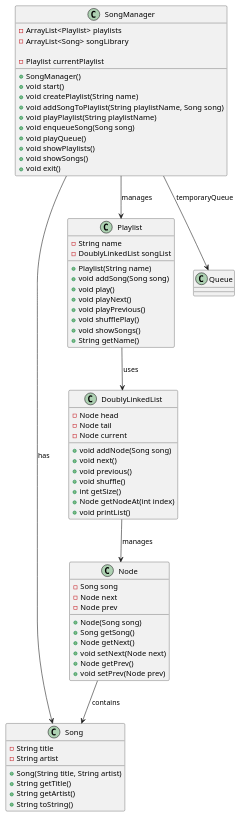
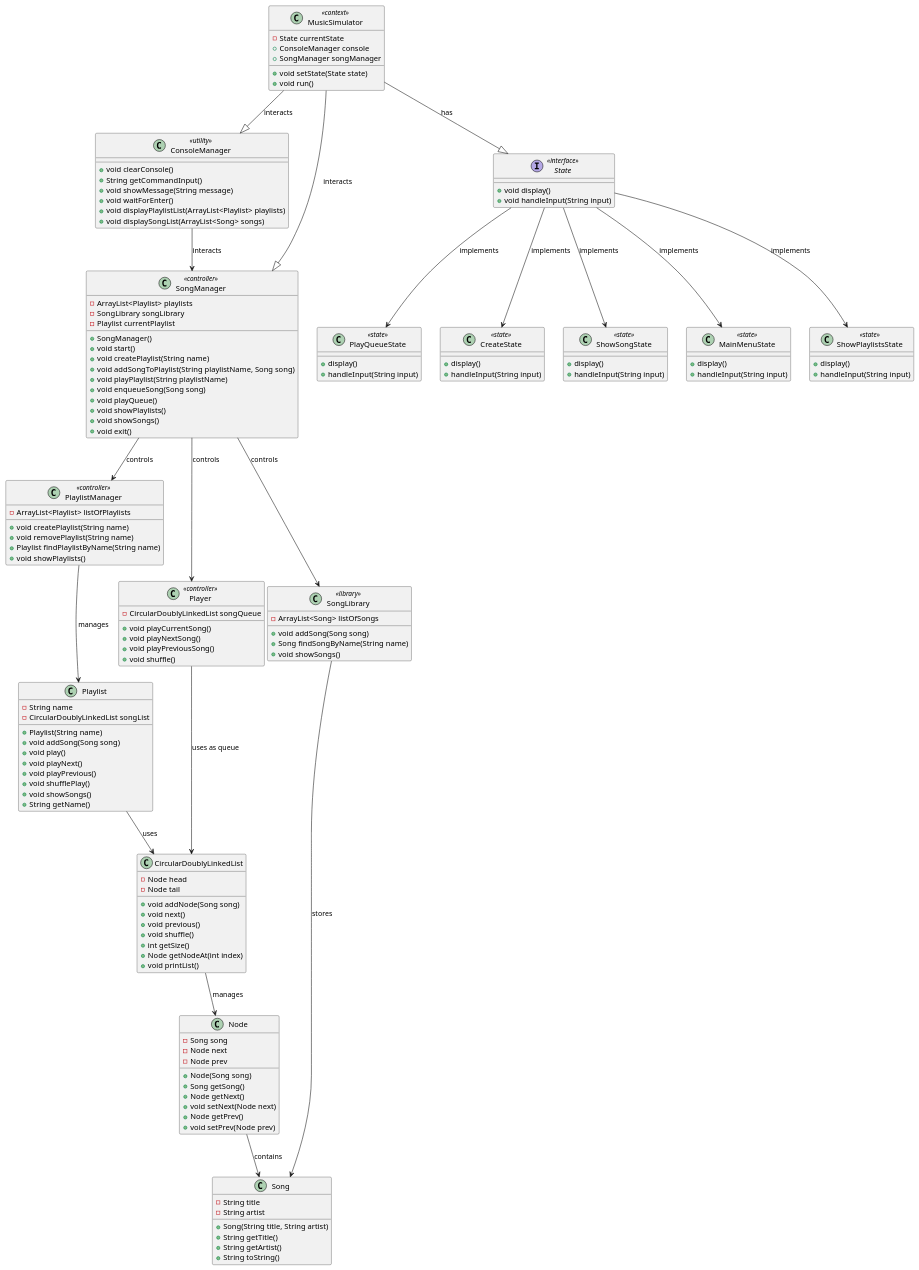
The diagram in doc/umldiagram.puml (khalxdb/Java-Group-Assigment), drawn with PlantUML before and after one commit. The commit also changed 13 other files, not shown here.

Commit message:
update readme and the plant uml diagram to reflected the current code structure

```diff
--- a/doc/umldiagram.puml
+++ b/doc/umldiagram.puml
@@ -1,80 +1,173 @@
 @startuml
+
 
 ' Define the Song class
 class Song {
     - String title
     - String artist
     + Song(String title, String artist)
     + String getTitle()
     + String getArtist()
     + String toString()
 }
 
 ' Define the Node class
 class Node {
     - Song song
     - Node next
     - Node prev
     + Node(Song song)
     + Song getSong()
     + Node getNext()
     + void setNext(Node next)
     + Node getPrev()
     + void setPrev(Node prev)
 }
 
-' Define the DoublyLinkedList class
-class DoublyLinkedList {
+' Define the CircularDoublyLinkedList class
+class CircularDoublyLinkedList {
     - Node head
     - Node tail
-    - Node current
     + void addNode(Song song)
     + void next()
     + void previous()
     + void shuffle()
     + int getSize()
     + Node getNodeAt(int index)
     + void printList()
 }
 
 ' Define the Playlist class
 class Playlist {
     - String name
-    - DoublyLinkedList songList
+    - CircularDoublyLinkedList songList
     + Playlist(String name)
     + void addSong(Song song)
     + void play()
     + void playNext()
     + void playPrevious()
     + void shufflePlay()
     + void showSongs()
     + String getName()
 }
 
+' Define the PlaylistManager class
+class PlaylistManager <<controller>> {
+    - ArrayList<Playlist> listOfPlaylists
+    + void createPlaylist(String name)
+    + void removePlaylist(String name)
+    + Playlist findPlaylistByName(String name)
+    + void showPlaylists()
+}
+
+' Define the SongLibrary class
+class SongLibrary <<library>> {
+    - ArrayList<Song> listOfSongs
+    + void addSong(Song song)
+    + Song findSongByName(String name)
+    + void showSongs()
+}
+
 ' Define the SongManager class
-class SongManager {
+class SongManager <<controller>> {
     - ArrayList<Playlist> playlists
-    - ArrayList<Song> songLibrary
-
+    - SongLibrary songLibrary
     - Playlist currentPlaylist
     + SongManager()
     + void start()
     + void createPlaylist(String name)
     + void addSongToPlaylist(String playlistName, Song song)
     + void playPlaylist(String playlistName)
     + void enqueueSong(Song song)
     + void playQueue()
     + void showPlaylists()
     + void showSongs()
     + void exit()
 }
 
+' Define the Player class
+class Player <<controller>> {
+    - CircularDoublyLinkedList songQueue
+    + void playCurrentSong()
+    + void playNextSong()
+    + void playPreviousSong()
+    + void shuffle()
+}
+
+' Define the ConsoleManager class
+class ConsoleManager <<utility>> {
+    + void clearConsole()
+    + String getCommandInput()
+    + void showMessage(String message)
+    + void waitForEnter()
+    + void displayPlaylistList(ArrayList<Playlist> playlists)
+    + void displaySongList(ArrayList<Song> songs)
+}
+
+' Define the State interface
+interface State <<interface>> {
+    + void display()
+    + void handleInput(String input)
+}
+
+' Define Concrete State Classes
+class MainMenuState <<state>> {
+    + display()
+    + handleInput(String input)
+}
+
+class ShowPlaylistsState <<state>> {
+    + display()
+    + handleInput(String input)
+}
+
+class PlayQueueState <<state>> {
+    + display()
+    + handleInput(String input)
+}
+
+class CreateState <<state>> {
+    + display()
+    + handleInput(String input)
+}
+
+class ShowSongState <<state>> {
+    + display()
+    + handleInput(String input)
+}
+
+' Define the MusicSimulator (Context) class
+class MusicSimulator <<context>> {
+    - State currentState
+    + ConsoleManager console
+    + SongManager songManager
+    + void setState(State state)
+    + void run()
+}
+
 ' Relationships between classes
 Node --> Song : contains
-DoublyLinkedList --> Node : manages
-Playlist --> DoublyLinkedList : uses
-SongManager --> Playlist : manages
-SongManager --> Song : has
-SongManager --> Queue : temporaryQueue
+CircularDoublyLinkedList --> Node : manages
+Playlist --> CircularDoublyLinkedList : uses
+PlaylistManager --> Playlist : manages
+SongLibrary --> Song : stores
+
+SongManager --> PlaylistManager : controls
+SongManager --> SongLibrary : controls
+SongManager --> Player : controls
+Player --> CircularDoublyLinkedList : uses as queue
+
+ConsoleManager -down-> SongManager : interacts
+MusicSimulator --|> State : has
+MusicSimulator --|> ConsoleManager : interacts
+MusicSimulator --|> SongManager : interacts
+
+State --> MainMenuState: implements
+State --> ShowPlaylistsState: implements
+State --> PlayQueueState: implements
+State --> CreateState : implements
+State --> ShowSongState: implements
+
+
 
 @enduml
```
